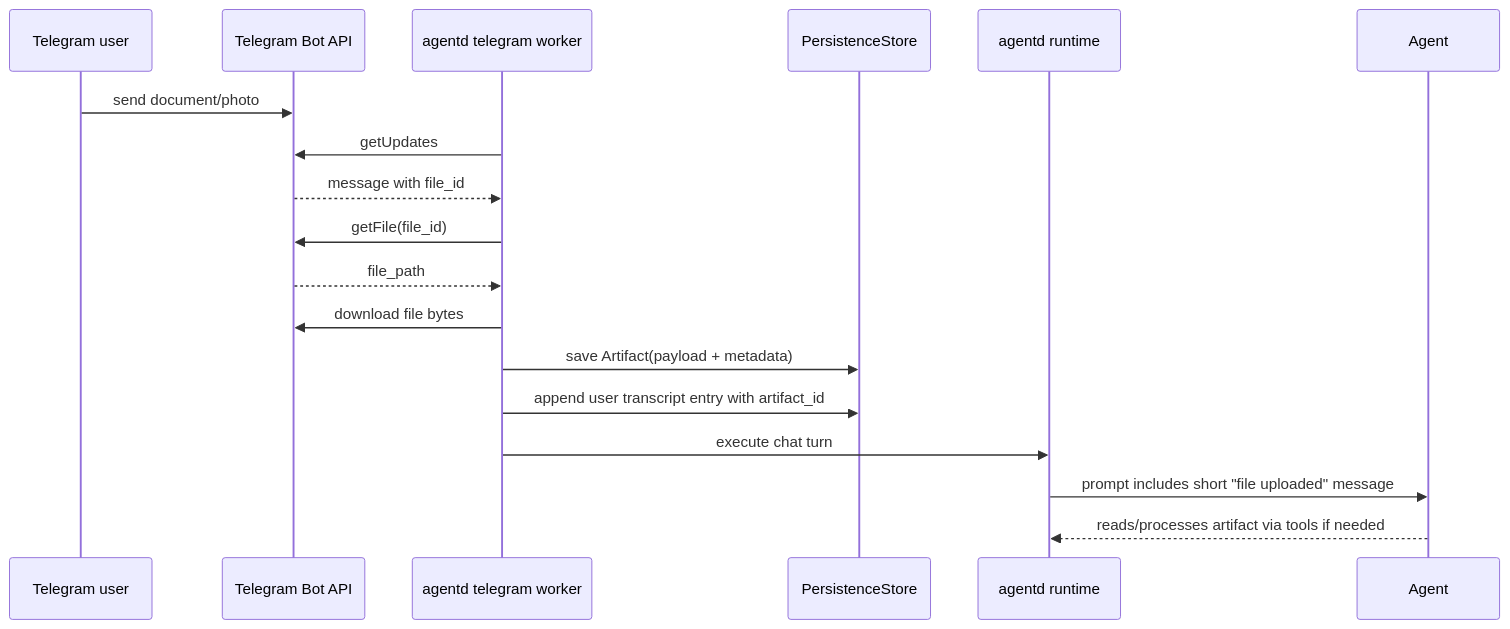
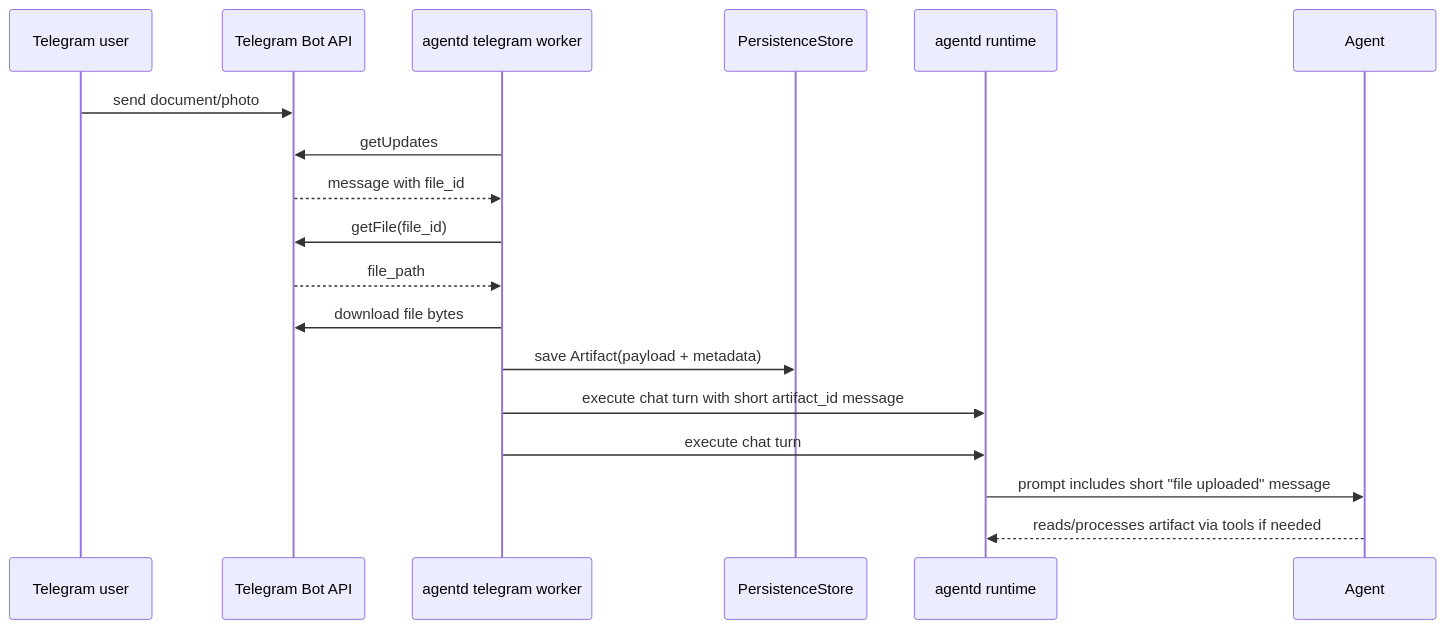
The diagram in docs/current/telegram/02-file-transfer-plan.md (galiakhmetovc/scaling-lamp), drawn with Mermaid before and after one commit. The commit also changed other lines of this file and 18 other files, not shown here.

````diff
--- a/docs/current/telegram/02-file-transfer-plan.md
+++ b/docs/current/telegram/02-file-transfer-plan.md
@@ -57,21 +72,21 @@
 ```mermaid
 sequenceDiagram
     participant User as Telegram user
     participant TG as Telegram Bot API
     participant Worker as agentd telegram worker
     participant Store as PersistenceStore
     participant Runtime as agentd runtime
     participant Agent as Agent
 
     User->>TG: send document/photo
     Worker->>TG: getUpdates
     TG-->>Worker: message with file_id
     Worker->>TG: getFile(file_id)
     TG-->>Worker: file_path
     Worker->>TG: download file bytes
     Worker->>Store: save Artifact(payload + metadata)
-    Worker->>Store: append user transcript entry with artifact_id
+    Worker->>Runtime: execute chat turn with short artifact_id message
     Worker->>Runtime: execute chat turn
     Runtime->>Agent: prompt includes short "file uploaded" message
     Agent-->>Runtime: reads/processes artifact via tools if needed
 ```
````
